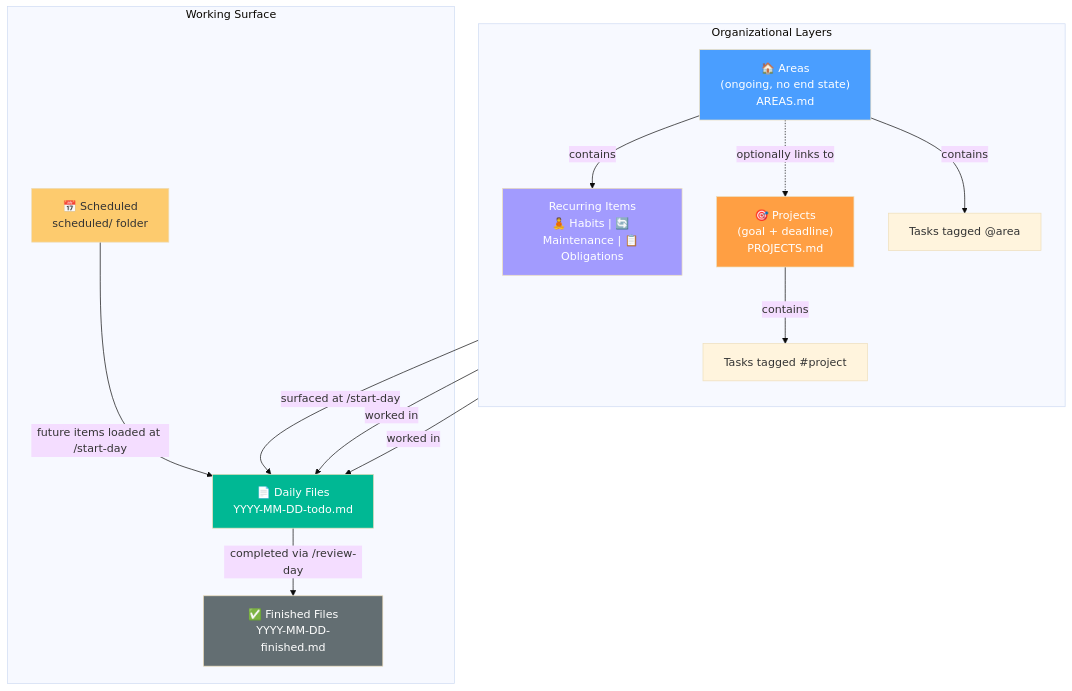
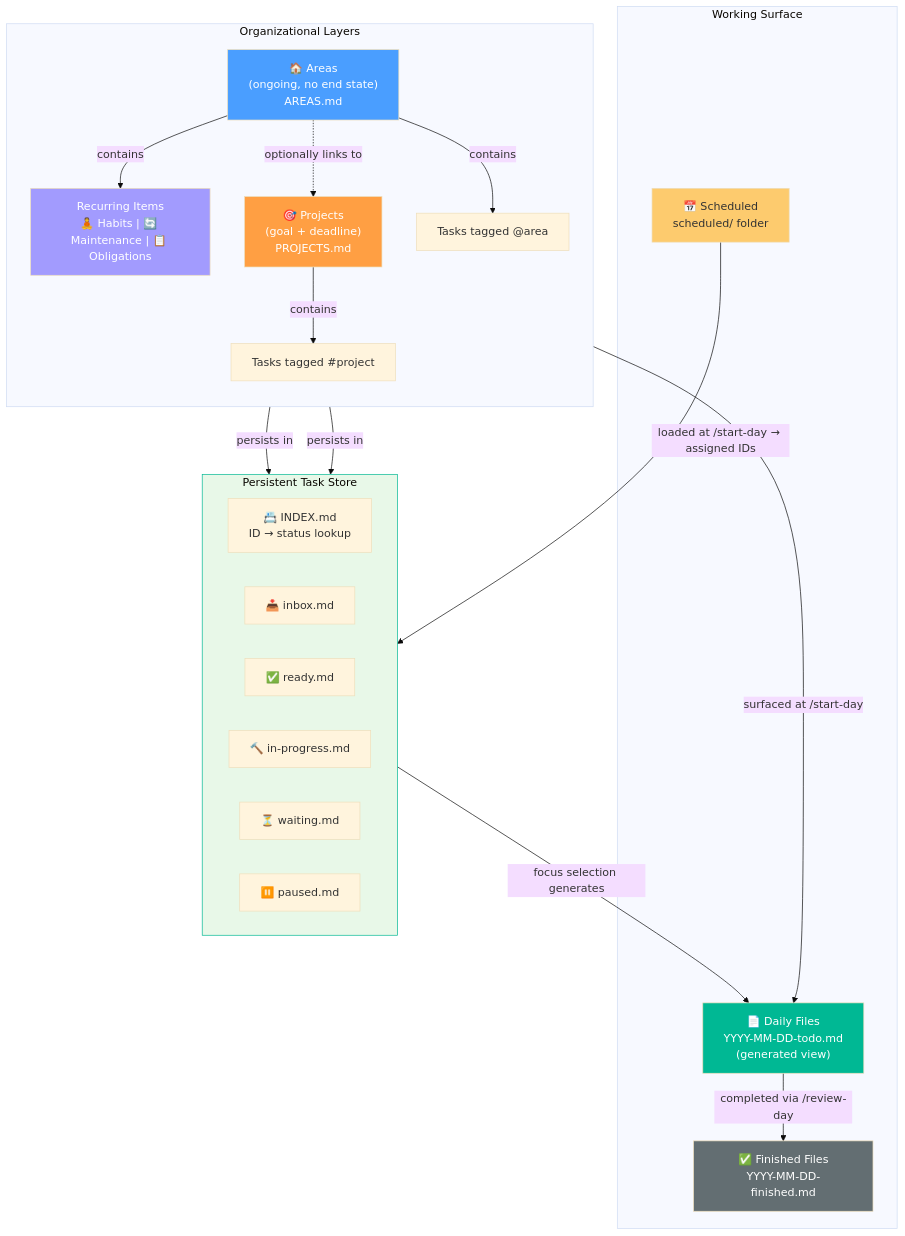
The first of 5 diagrams in docs/SYSTEM-ARCHITECTURE.md (OneAngryDBA/one-step-at-a-time), drawn with Mermaid (base theme) before and after one commit. The commit also changed other lines of this file and 37 other files, not shown here.

First line of the commit message:
v4.0.0: Persistent task store, templates, area hierarchy (Phase 1)

````diff
--- a/docs/SYSTEM-ARCHITECTURE.md
+++ b/docs/SYSTEM-ARCHITECTURE.md
@@ -26,34 +26,45 @@
 ```mermaid
 flowchart TD
     subgraph PARA["Organizational Layers"]
         direction TB
         A["🏠 Areas\n(ongoing, no end state)\nAREAS.md"]
         P["🎯 Projects\n(goal + deadline)\nPROJECTS.md"]
         RI["Recurring Items\n🧘 Habits | 🔄 Maintenance | 📋 Obligations"]
         T_area["Tasks tagged @area"]
         T_proj["Tasks tagged #project"]
     end
 
+    subgraph Store["Persistent Task Store"]
+        IDX["📇 INDEX.md\nID → status lookup"]
+        INB["📥 inbox.md"]
+        RDY["✅ ready.md"]
+        INP["🔨 in-progress.md"]
+        WAIT["⏳ waiting.md"]
+        PAUSE["⏸️ paused.md"]
+    end
+
     subgraph Surface["Working Surface"]
-        DF["📄 Daily Files\nYYYY-MM-DD-todo.md"]
+        DF["📄 Daily Files\nYYYY-MM-DD-todo.md\n(generated view)"]
         FF["✅ Finished Files\nYYYY-MM-DD-finished.md"]
         SF["📅 Scheduled\nscheduled/ folder"]
     end
 
     A -->|contains| RI
     A -.->|optionally links to| P
     P -->|contains| T_proj
     A -->|contains| T_area
+    T_area -->|persists in| Store
+    T_proj -->|persists in| Store
     RI -->|"surfaced at /start-day"| DF
-    T_area -->|worked in| DF
-    T_proj -->|worked in| DF
+    Store -->|"focus selection generates"| DF
     DF -->|"completed via /review-day"| FF
-    SF -->|"future items loaded at /start-day"| DF
+    SF -->|"loaded at /start-day → assigned IDs"| Store
 
     style A fill:#4a9eff,color:#fff
     style P fill:#ff9f43,color:#fff
     style RI fill:#a29bfe,color:#fff
+    style Store fill:#e8f8e8,stroke:#00b894
     style DF fill:#00b894,color:#fff
     style FF fill:#636e72,color:#fff
     style SF fill:#fdcb6e,color:#333
 ```
````
